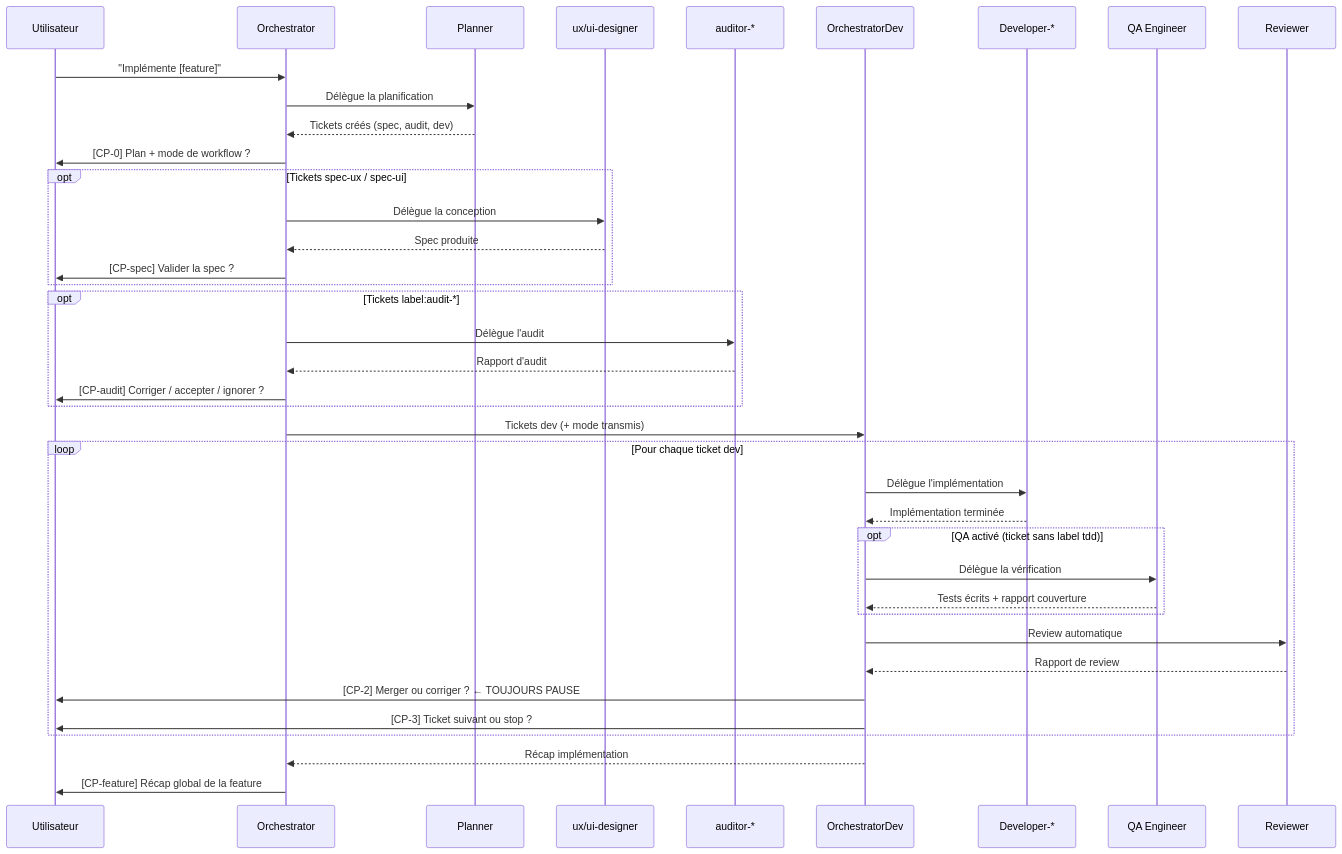
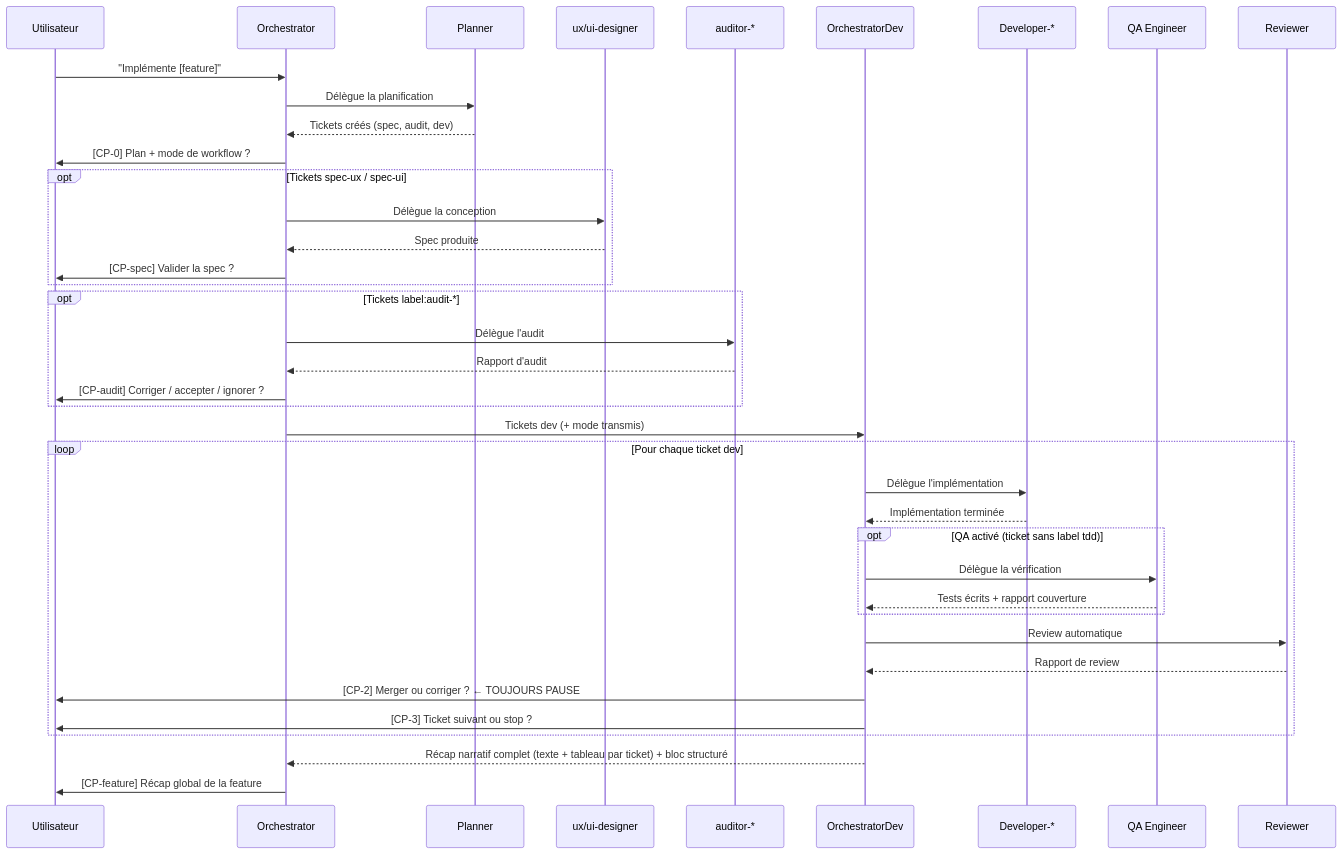
One commit to datichb/opencode-hub changed the second of 3 diagrams in docs/architecture/overview.fr.md. Above: the diagram before and after it, drawn with Mermaid. The commit also changed 7 other files, not shown here.

First line of the commit message:
docs: mettre à jour la documentation suite au récap d'implémentation complet dans l'orchestrateur

````diff
--- a/docs/architecture/overview.fr.md
+++ b/docs/architecture/overview.fr.md
@@ -72,46 +72,46 @@
 ```mermaid
 sequenceDiagram
     participant U as Utilisateur
     participant O as Orchestrator
     participant PL as Planner
     participant DS as ux/ui-designer
     participant AU as auditor-*
     participant OD as OrchestratorDev
     participant DEV as Developer-*
     participant QA as QA Engineer
     participant R as Reviewer
 
     U->>O: "Implémente [feature]"
     O->>PL: Délègue la planification
     PL-->>O: Tickets créés (spec, audit, dev)
     O->>U: [CP-0] Plan + mode de workflow ?
 
     opt Tickets spec-ux / spec-ui
         O->>DS: Délègue la conception
         DS-->>O: Spec produite
         O->>U: [CP-spec] Valider la spec ?
     end
 
     opt Tickets label:audit-*
         O->>AU: Délègue l'audit
         AU-->>O: Rapport d'audit
         O->>U: [CP-audit] Corriger / accepter / ignorer ?
     end
 
     O->>OD: Tickets dev (+ mode transmis)
     loop Pour chaque ticket dev
         OD->>DEV: Délègue l'implémentation
         DEV-->>OD: Implémentation terminée
         opt QA activé (ticket sans label tdd)
             OD->>QA: Délègue la vérification
             QA-->>OD: Tests écrits + rapport couverture
         end
         OD->>R: Review automatique
         R-->>OD: Rapport de review
         OD->>U: [CP-2] Merger ou corriger ? ← TOUJOURS PAUSE
         OD->>U: [CP-3] Ticket suivant ou stop ?
     end
-    OD-->>O: Récap implémentation
+    OD-->>O: Récap narratif complet (texte + tableau par ticket) + bloc structuré
 
     O->>U: [CP-feature] Récap global de la feature
 ```
````
